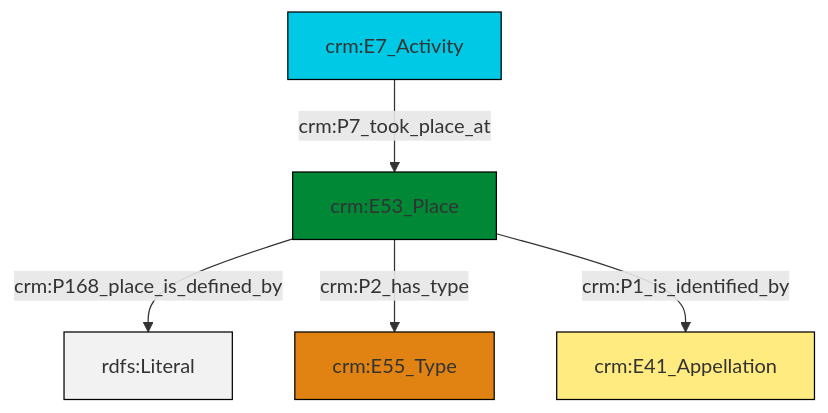
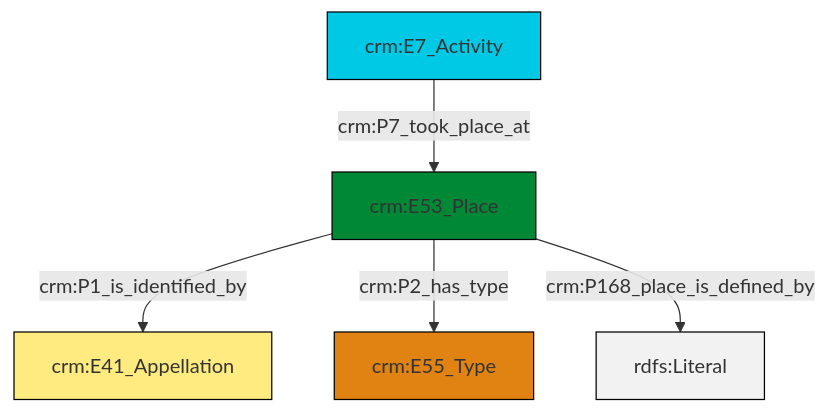
One commit to swiss-art-research-net/docs.swissartresearch changed the diagram in et/eventCSV/ttl/mmd/event_location.ttl.mmd. Above: the diagram before and after it, drawn with Mermaid. The commit also changed 174 other files, not shown here.

```diff
--- a/et/eventCSV/ttl/mmd/event_location.ttl.mmd
+++ b/et/eventCSV/ttl/mmd/event_location.ttl.mmd
@@ -1,19 +1,19 @@
 graph TD
 classDef Literal fill:#f2f2f2,stroke:#000000;
 classDef CRM_Entity fill:#FFFFFF,stroke:#000000;
 classDef Temporal_Entity fill:#00C9E6, stroke:#000000;
 classDef Type fill:#E18312, stroke:#000000;
 classDef Time-Span fill:#2C9C91, stroke:#000000;
 classDef Appellation fill:#FFEB7F, stroke:#000000;
 classDef Place fill:#008836, stroke:#000000;
 classDef Persistent_Item fill:#B266B2, stroke:#000000;
 classDef Conceptual_Object fill:#FFD700, stroke:#000000;
 classDef Physical_Thing fill:#D2B48C, stroke:#000000;
 classDef Actor fill:#f58aad, stroke:#000000;
 classDef PC_Classes fill:#4ce600, stroke:#000000;
 classDef Multi fill:#cccccc,stroke:#000000;
 
-2["crm:E53_Place"]:::Place -->|crm:P168_place_is_defined_by| 3[rdfs:Literal]:::Literal
-2["crm:E53_Place"]:::Place -->|crm:P2_has_type| 4["crm:E55_Type"]:::Type
 2["crm:E53_Place"]:::Place -->|crm:P1_is_identified_by| 0["crm:E41_Appellation"]:::Appellation
-5["crm:E7_Activity"]:::Temporal_Entity -->|crm:P7_took_place_at| 2["crm:E53_Place"]:::Place
+2["crm:E53_Place"]:::Place -->|crm:P2_has_type| 3["crm:E55_Type"]:::Type
+2["crm:E53_Place"]:::Place -->|crm:P168_place_is_defined_by| 5[rdfs:Literal]:::Literal
+7["crm:E7_Activity"]:::Temporal_Entity -->|crm:P7_took_place_at| 2["crm:E53_Place"]:::Place
```
